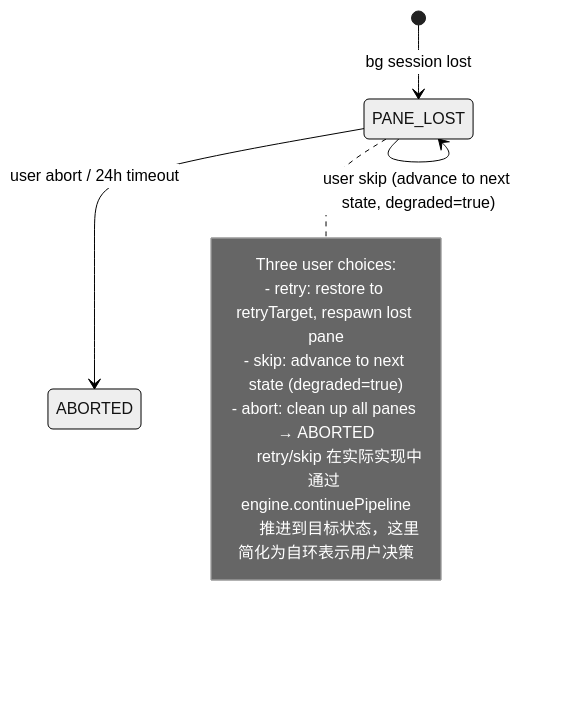
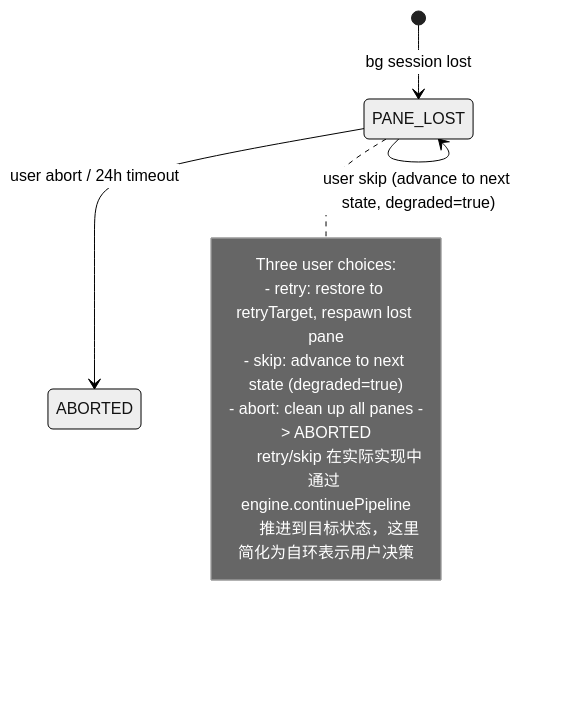
Before and after one commit to yujuntea/cc-linker: the second of 2 diagrams in docs/superpowers/specs/review-engine-v2.1.1/state-machine.md, drawn with Mermaid (neutral theme). The commit also changed other lines of this file and 4 other files, not shown here.

````diff
--- a/docs/superpowers/specs/review-engine-v2.1.1/state-machine.md
+++ b/docs/superpowers/specs/review-engine-v2.1.1/state-machine.md
@@ -304,20 +285,20 @@
 ```mermaid
 stateDiagram-v2
     direction TB
 
     [*] --> PANE_LOST : bg session lost
 
     PANE_LOST --> ABORTED : user abort / 24h timeout
     PANE_LOST --> PANE_LOST : user retry (respawn lost pane, restore to retryTarget)
     PANE_LOST --> PANE_LOST : user skip (advance to next state, degraded=true)
 
     note right of PANE_LOST
       Three user choices:
       - retry: restore to retryTarget, respawn lost pane
       - skip: advance to next state (degraded=true)
-      - abort: clean up all panes → ABORTED
+      - abort: clean up all panes -> ABORTED
 
       retry/skip 在实际实现中通过 engine.continuePipeline
       推进到目标状态，这里简化为自环表示用户决策
     end note
 ```
````
